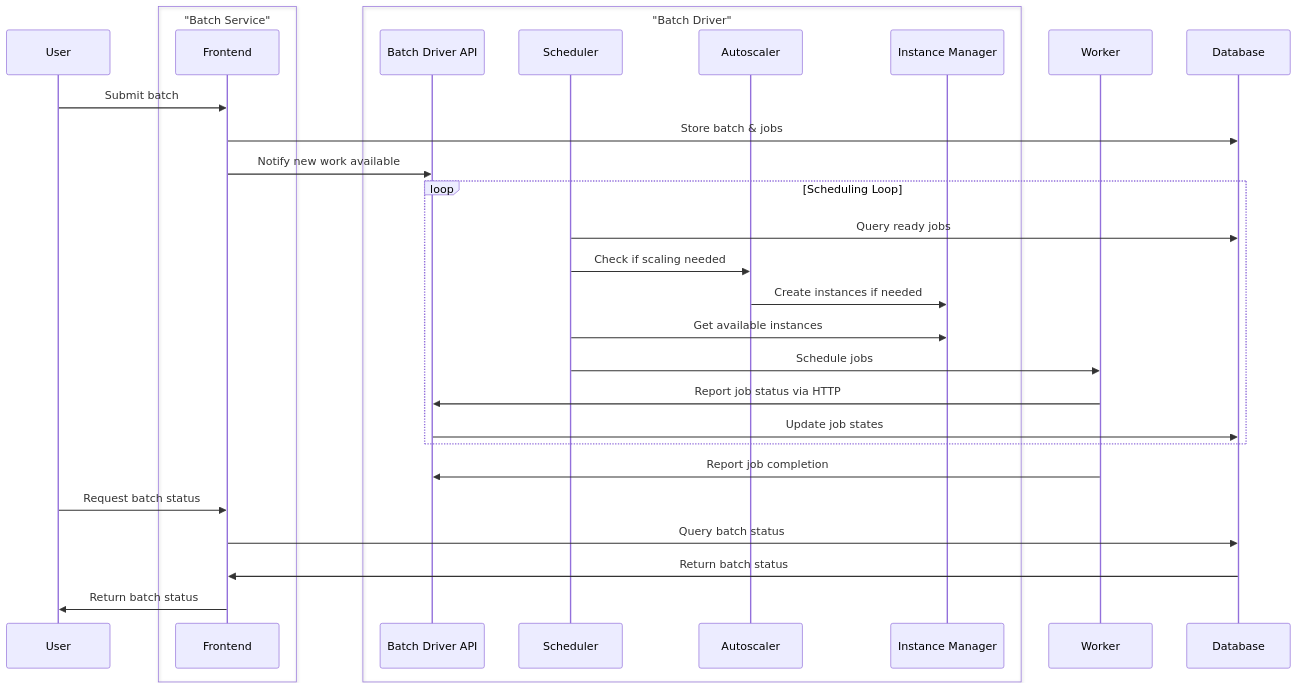
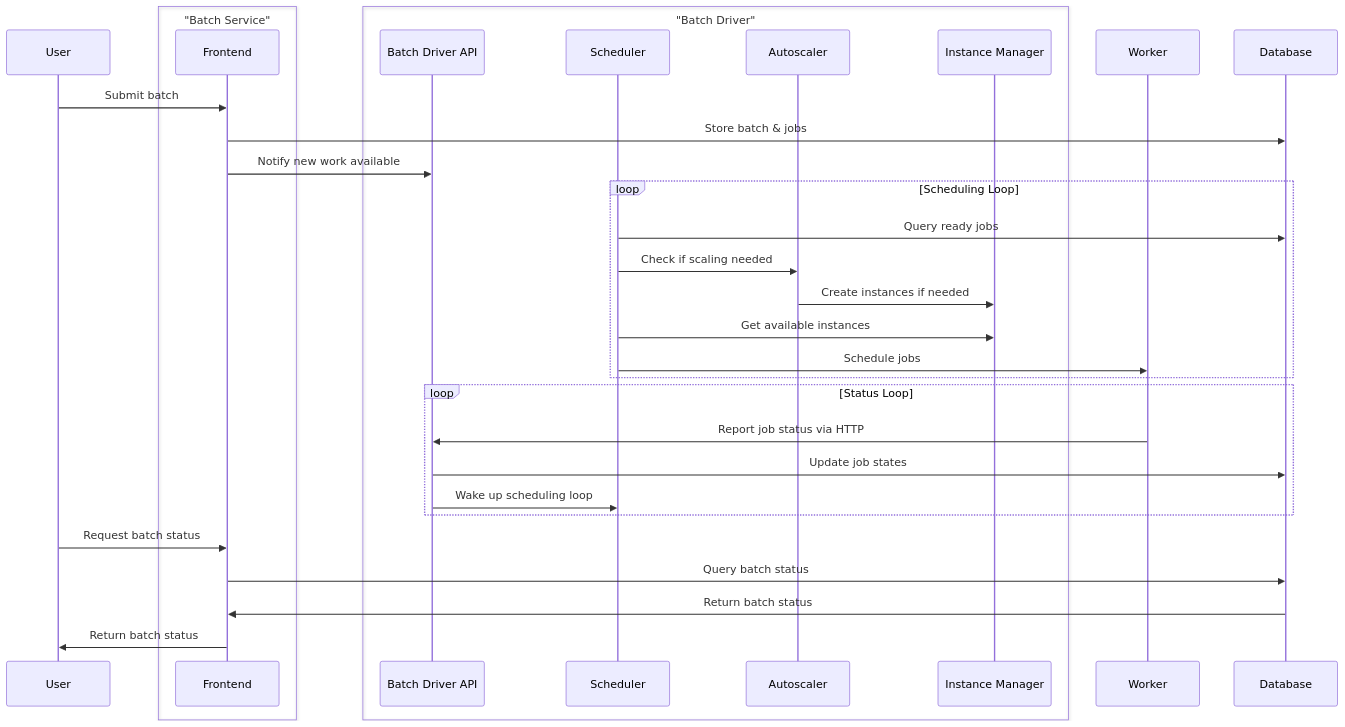
Before and after one commit to cjllanwarne/hail: the ninth of 9 diagrams in dev-docs/services/batch/code-structure.md, drawn with Mermaid.

````diff
--- a/dev-docs/services/batch/code-structure.md
+++ b/dev-docs/services/batch/code-structure.md
@@ -388,38 +388,41 @@
 ```mermaid
 sequenceDiagram
     participant U as User
 
     box "Batch Service"
         participant FE as Frontend
     end
 
     box "Batch Driver"
         participant BDAPI as Batch Driver API
         participant SC as Scheduler
         participant AS as Autoscaler
         participant ICM as Instance Manager    
     end
 
     participant W as Worker
     participant DB as Database
 
     U->>FE: Submit batch
     FE->>DB: Store batch & jobs
     FE->>BDAPI: Notify new work available
     
     loop Scheduling Loop
         SC->>DB: Query ready jobs
         SC->>AS: Check if scaling needed
         AS->>ICM: Create instances if needed
         SC->>ICM: Get available instances
         SC->>W: Schedule jobs
+    end
+
+    loop Status Loop
         W->>BDAPI: Report job status via HTTP
         BDAPI->>DB: Update job states
+        BDAPI->>SC: Wake up scheduling loop
     end
     
-    W->>BDAPI: Report job completion
     U->>FE: Request batch status
     FE->>DB: Query batch status
     DB->>FE: Return batch status
     FE->>U: Return batch status
 ```
````
